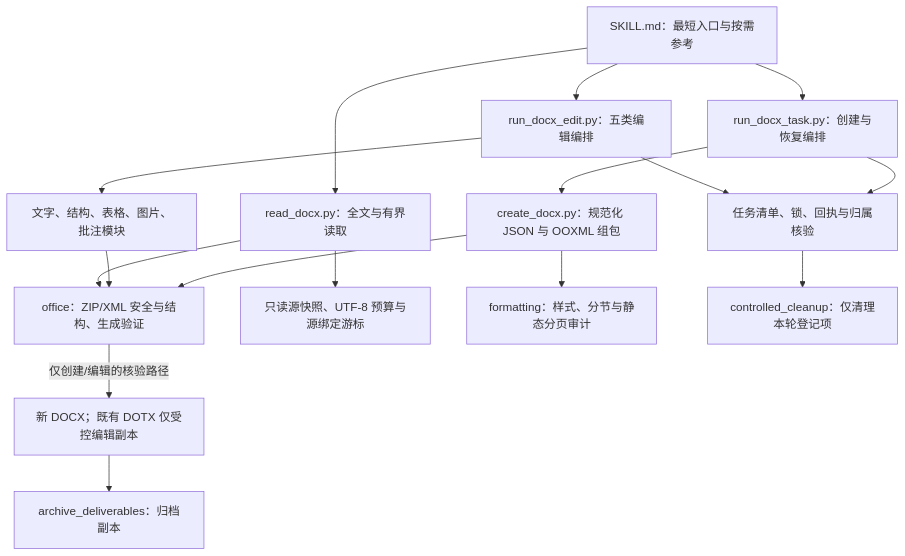
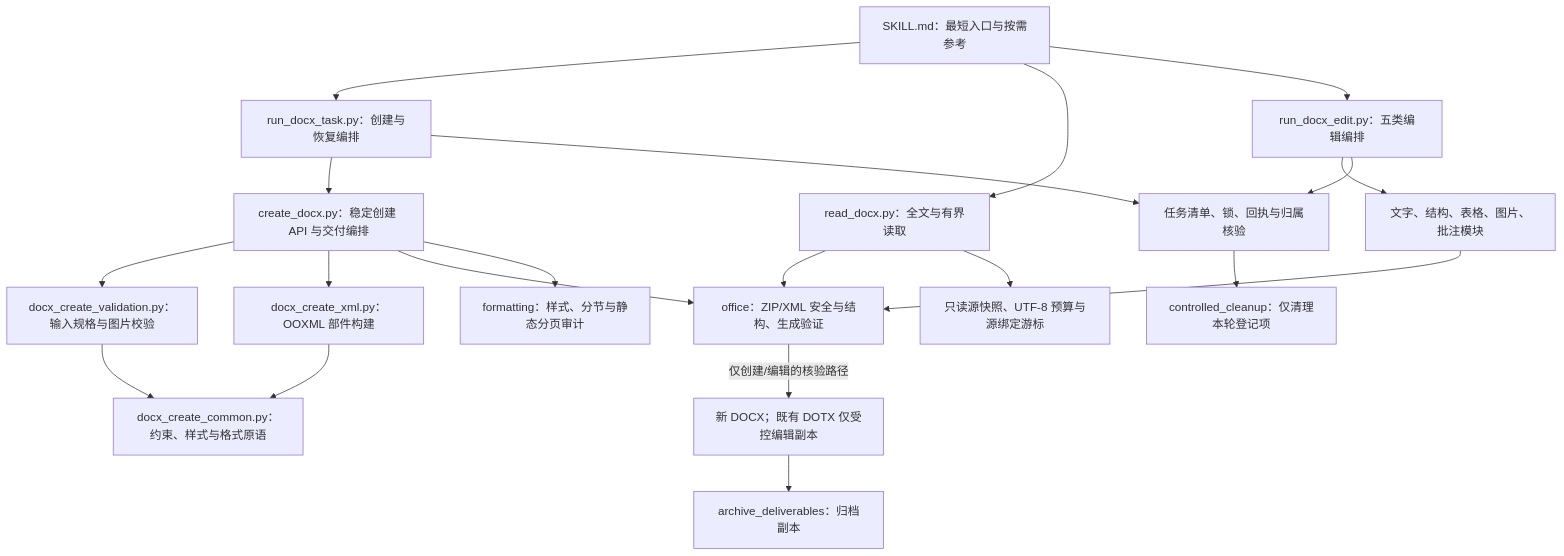
One commit to JohnParken/PSL-SKILLS changed the first of 2 diagrams in docs/skills/docx.md. Above: the diagram before and after it, drawn with Mermaid. The commit also changed other lines of this file and 83 other files, not shown here.

````diff
--- a/docs/skills/docx.md
+++ b/docs/skills/docx.md
@@ -46,18 +48,22 @@
 ```mermaid
 flowchart TD
     A["SKILL.md：最短入口与按需参考"] --> B["run_docx_task.py：创建与恢复编排"]
     A --> C["read_docx.py：全文与有界读取"]
     A --> D["run_docx_edit.py：五类编辑编排"]
-    B --> E["create_docx.py：规范化 JSON 与 OOXML 组包"]
+    B --> E["create_docx.py：稳定创建 API 与交付编排"]
+    E --> ES["docx_create_validation.py：输入规格与图片校验"]
+    ES --> EC["docx_create_common.py：约束、样式与格式原语"]
+    E --> EX["docx_create_xml.py：OOXML 部件构建"]
+    EX --> EC
     D --> F["文字、结构、表格、图片、批注模块"]
     E --> G["office：ZIP/XML 安全与结构、生成验证"]
     F --> G
     C --> G
     C --> P["只读源快照、UTF-8 预算与源绑定游标"]
     E --> H["formatting：样式、分节与静态分页审计"]
     G -->|"仅创建/编辑的核验路径"| I["新 DOCX；既有 DOTX 仅受控编辑副本"]
     B --> J["任务清单、锁、回执与归属核验"]
     D --> J
     I --> K["archive_deliverables：归档副本"]
     J --> L["controlled_cleanup：仅清理本轮登记项"]
 ```
````
